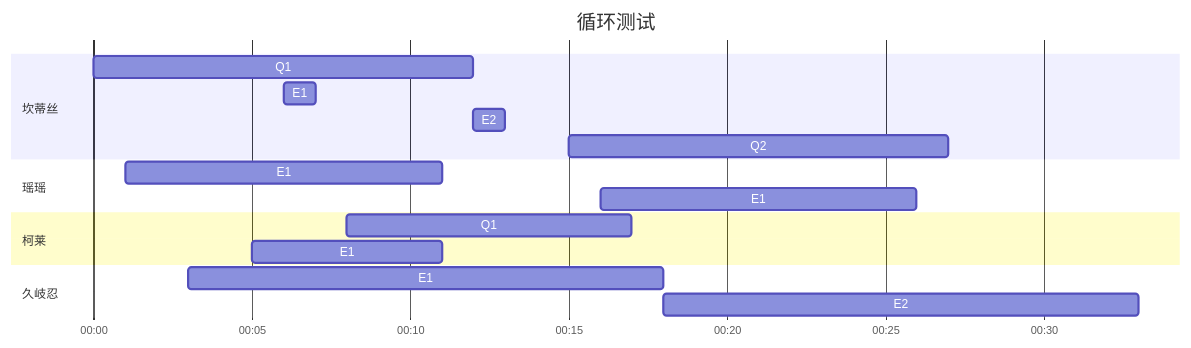
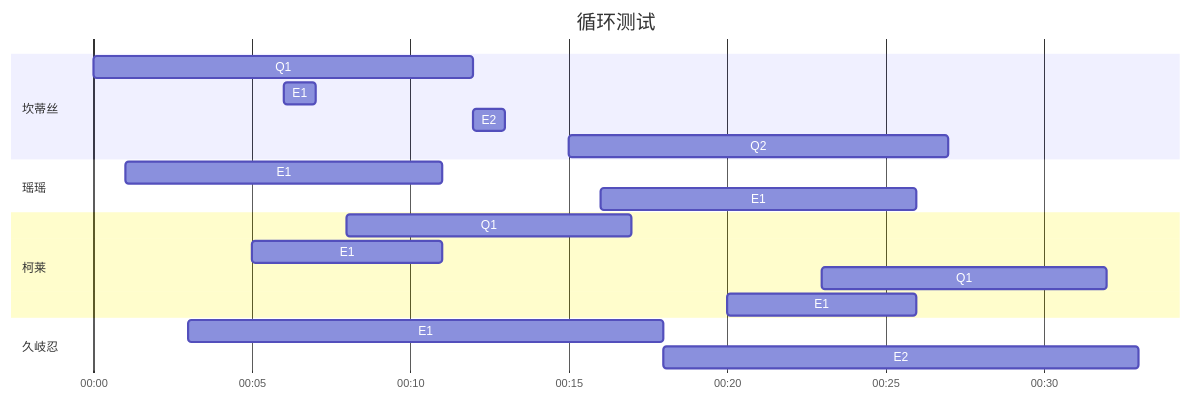
The second of 2 diagrams in _drafts/2022-1.md (JiYouMCC/JiYouMCC.github.io), drawn with Mermaid before and after one commit.

````diff
--- a/_drafts/2022-1.md
+++ b/_drafts/2022-1.md
@@ -21,25 +21,27 @@
 ```mermaid
 gantt
     title 循环测试
     axisFormat %M:%S
     todayMarker off
     
     section 坎蒂丝
     Q1   :    2023-01-29 12:00:00, 12s
     E1   :    2023-01-29 12:00:06, 1s
     E2   :    2023-01-29 12:00:12, 1s
     Q2   :    2023-01-29 12:00:15, 12s
     
     section 瑶瑶
     E1   :    2023-01-29 12:00:01, 10s
     E1   :    2023-01-29 12:00:16, 10s
     
     section 柯莱
     Q1   :    2023-01-29 12:00:08, 9s
     E1   :    2023-01-29 12:00:05, 6s
+    Q1   :    2023-01-29 12:00:23, 9s
+    E1   :    2023-01-29 12:00:20, 6s
     
     section 久岐忍
     E1   :    2023-01-29 12:00:03, 15s
     E2   :    2023-01-29 12:00:18, 15s
         
 ```
````
